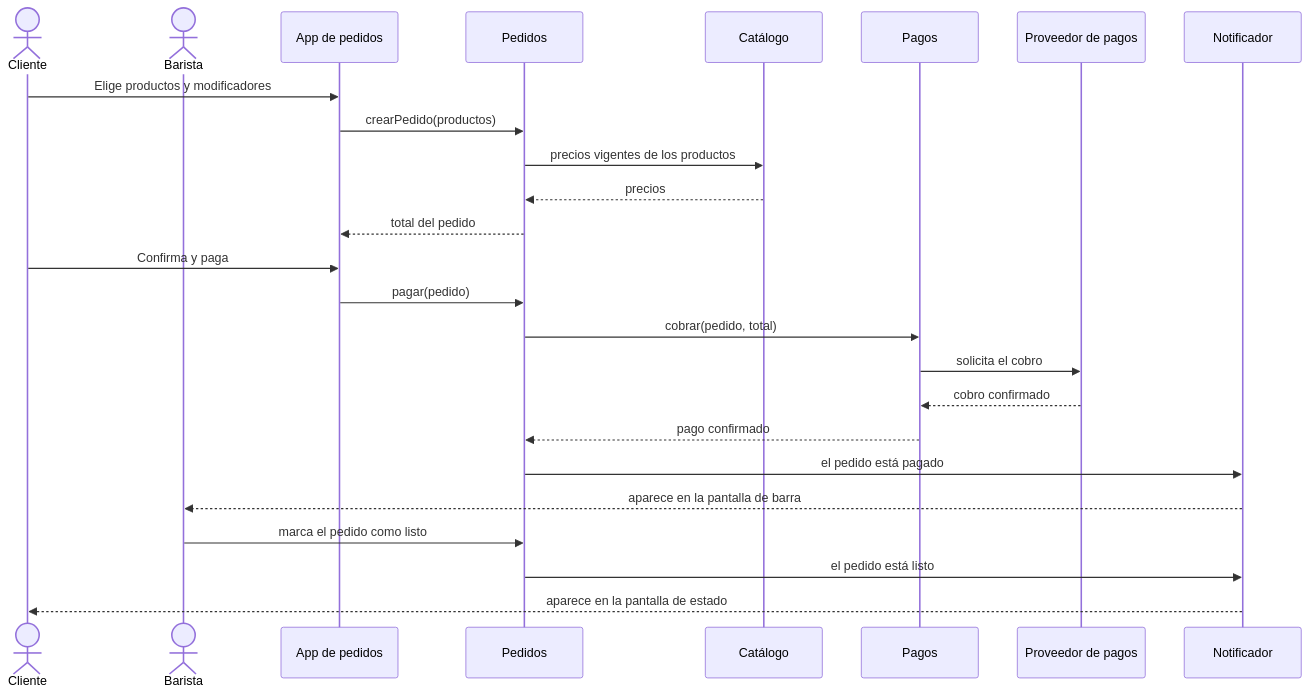
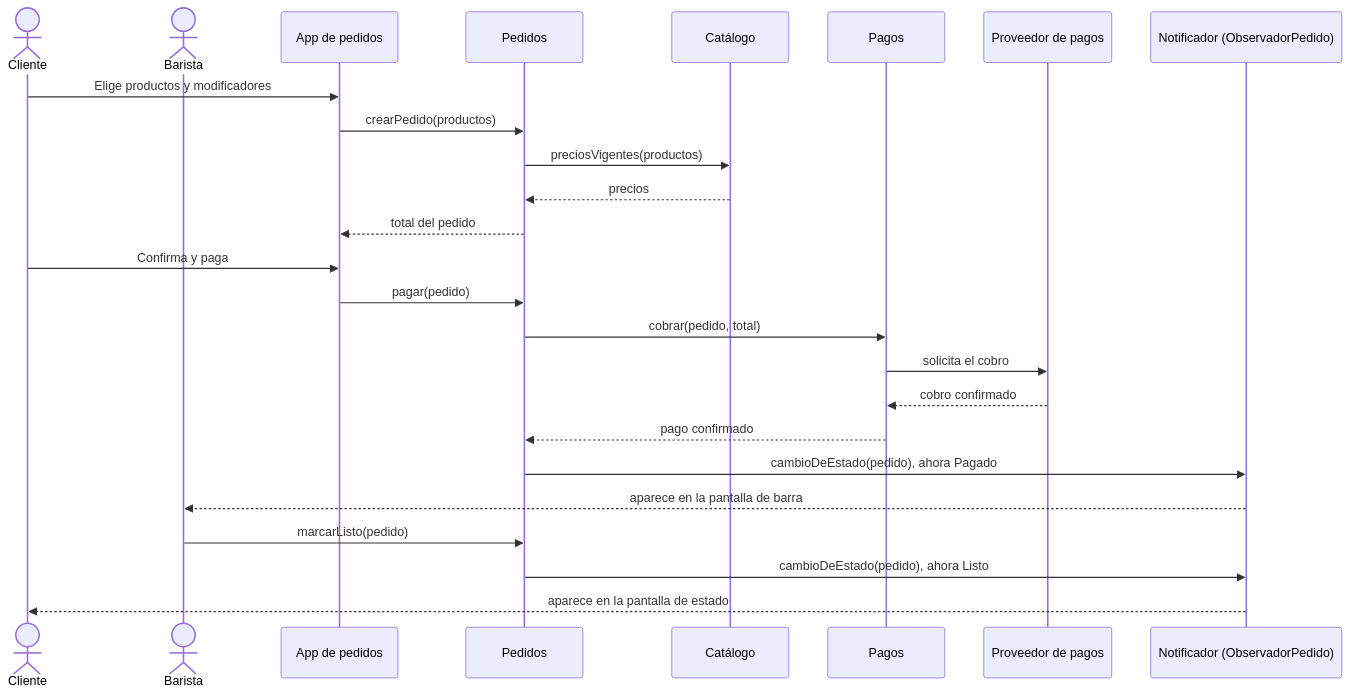
The second of 5 diagrams in doc/arch/diagramas-proyecto.md (mateoibanezde/sin-cajero), drawn with Mermaid before and after one commit. The commit also changed other lines of this file, not shown here.

First line of the commit message:
Hacer concordar los diagramas de clases y secuencia

````diff
--- a/doc/arch/diagramas-proyecto.md
+++ b/doc/arch/diagramas-proyecto.md
@@ -48,28 +48,28 @@
 ```mermaid
 sequenceDiagram
     actor Cli as Cliente
     actor Bar as Barista
     participant App as App de pedidos
     participant Ped as Pedidos
     participant Cat as Catálogo
     participant Pag as Pagos
     participant Pro as Proveedor de pagos
-    participant Not as Notificador
+    participant Not as Notificador (ObservadorPedido)
 
     Cli->>App: Elige productos y modificadores
     App->>Ped: crearPedido(productos)
-    Ped->>Cat: precios vigentes de los productos
+    Ped->>Cat: preciosVigentes(productos)
     Cat-->>Ped: precios
     Ped-->>App: total del pedido
     Cli->>App: Confirma y paga
     App->>Ped: pagar(pedido)
     Ped->>Pag: cobrar(pedido, total)
     Pag->>Pro: solicita el cobro
     Pro-->>Pag: cobro confirmado
     Pag-->>Ped: pago confirmado
-    Ped->>Not: el pedido está pagado
+    Ped->>Not: cambioDeEstado(pedido), ahora Pagado
     Not-->>Bar: aparece en la pantalla de barra
-    Bar->>Ped: marca el pedido como listo
-    Ped->>Not: el pedido está listo
+    Bar->>Ped: marcarListo(pedido)
+    Ped->>Not: cambioDeEstado(pedido), ahora Listo
     Not-->>Cli: aparece en la pantalla de estado
 ```
````
